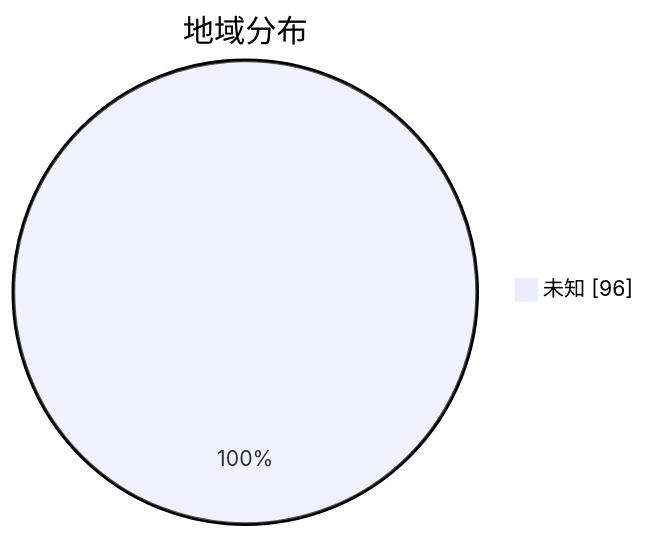
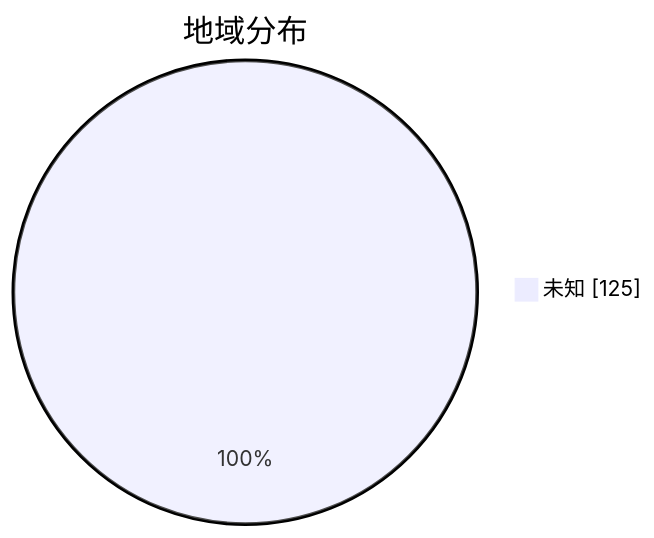
Before and after one commit to qjlxg/airport: the second of 3 diagrams in subs/statistics/tested_within.md, drawn with Mermaid. The commit also changed other lines of this file and 2 other files, not shown here.

````diff
--- a/subs/statistics/tested_within.md
+++ b/subs/statistics/tested_within.md
@@ -12,5 +12,5 @@
 ```mermaid
 pie showData
 title 地域分布
-"未知" : 96
+"未知" : 125
 ```
````
